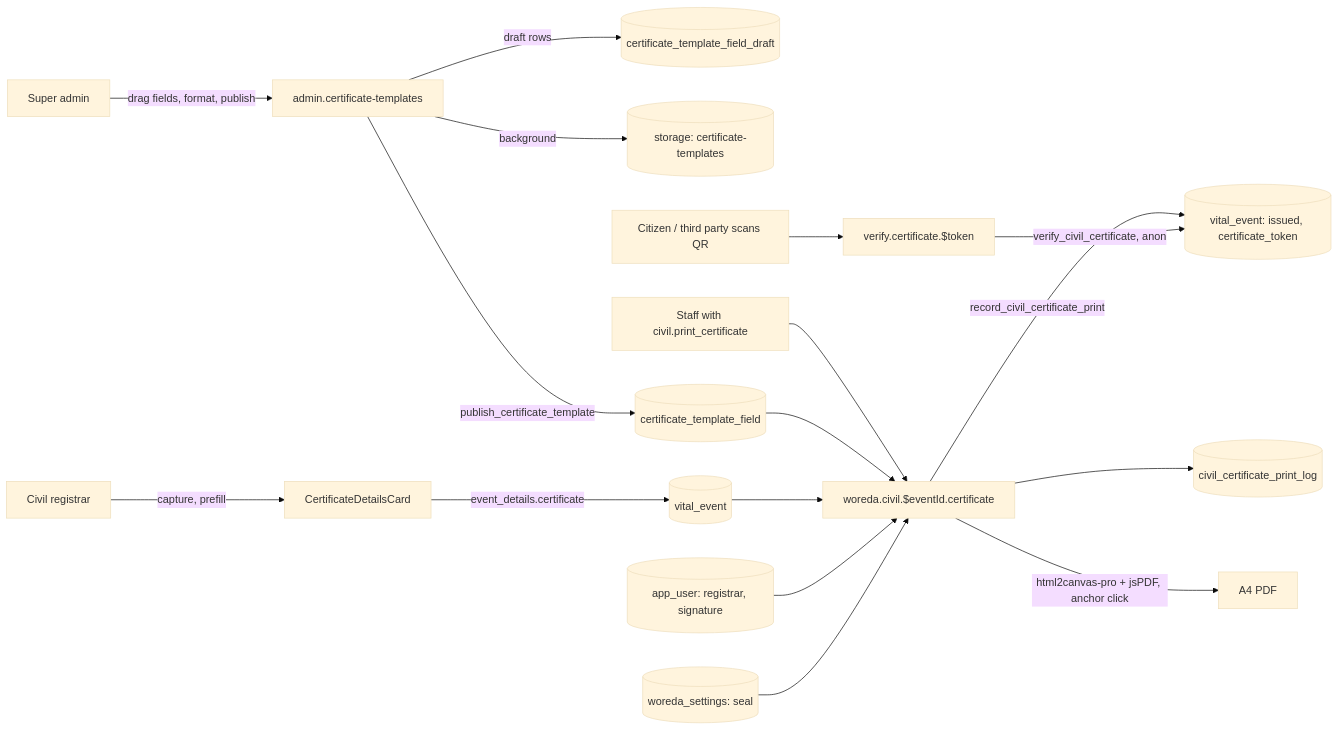
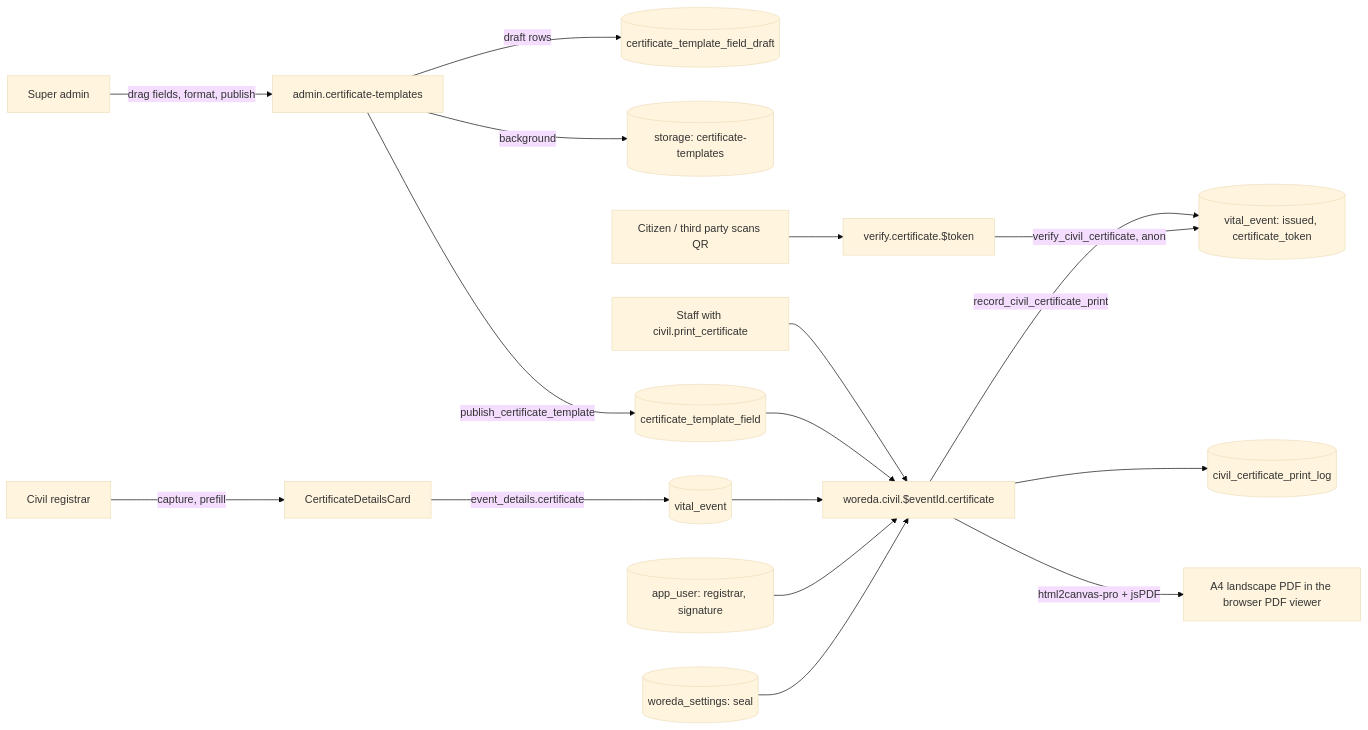
Before and after one commit to eskabdi/woredas-portal: the first of 3 diagrams in docs/civil-certificates.md, drawn with Mermaid (base theme). The commit also changed other lines of this file and 9 other files, not shown here.

First line of the commit message:
Certificates: A4 landscape only, print preview in the PDF viewer

````diff
--- a/docs/civil-certificates.md
+++ b/docs/civil-certificates.md
@@ -54,19 +54,19 @@
 ```mermaid
 flowchart LR
   SA[Super admin] -->|drag fields, format, publish| ED[admin.certificate-templates]
   ED -->|draft rows| DR[(certificate_template_field_draft)]
   ED -->|background| BK[(storage: certificate-templates)]
   ED -->|publish_certificate_template| LV[(certificate_template_field)]
   CL[Civil registrar] -->|capture, prefill| CD[CertificateDetailsCard]
   CD -->|event_details.certificate| VE[(vital_event)]
   PR[Staff with civil.print_certificate] --> PT[woreda.civil.$eventId.certificate]
   PT -->|record_civil_certificate_print| IS[(vital_event: issued, certificate_token)]
   PT --> PL[(civil_certificate_print_log)]
   QR[Citizen / third party scans QR] --> VF[verify.certificate.$token]
   VF -->|verify_civil_certificate, anon| IS
   LV --> PT
   VE --> PT
   AU[(app_user: registrar, signature)] --> PT
   WS[(woreda_settings: seal)] --> PT
-  PT -->|html2canvas-pro + jsPDF, anchor click| PDF[A4 PDF]
+  PT -->|html2canvas-pro + jsPDF| PDF[A4 landscape PDF in the browser PDF viewer]
 ```
````
